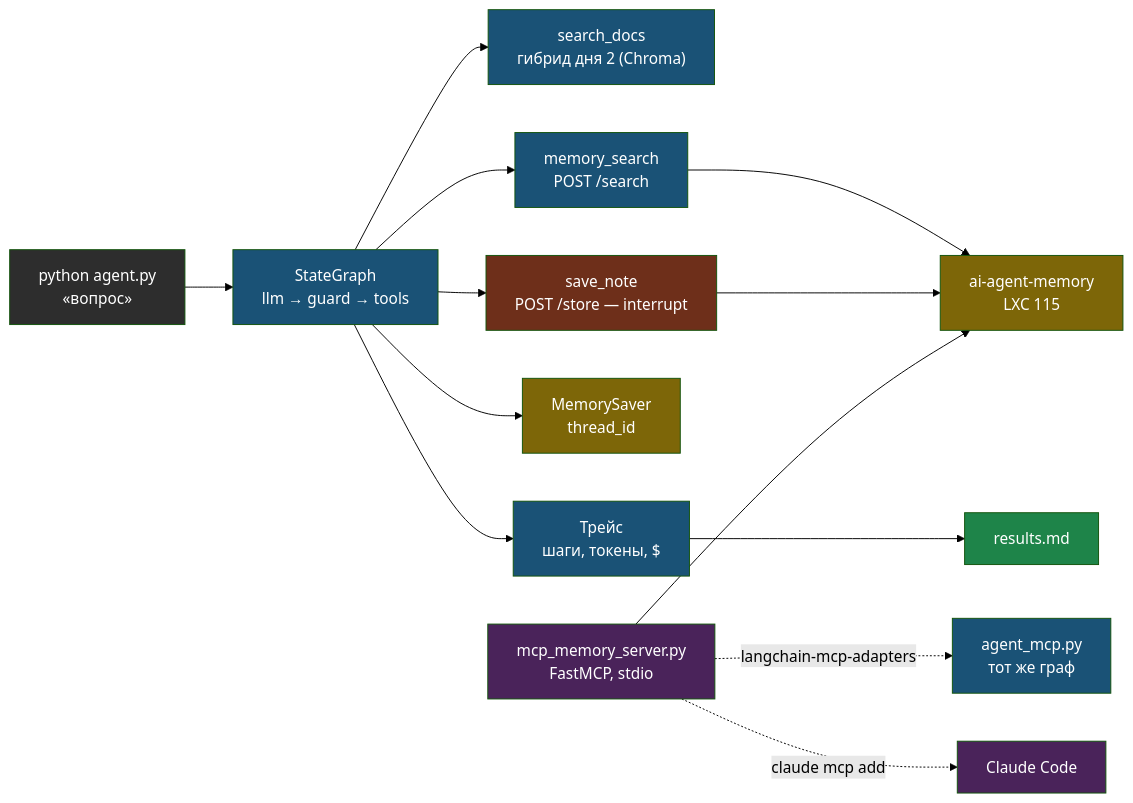
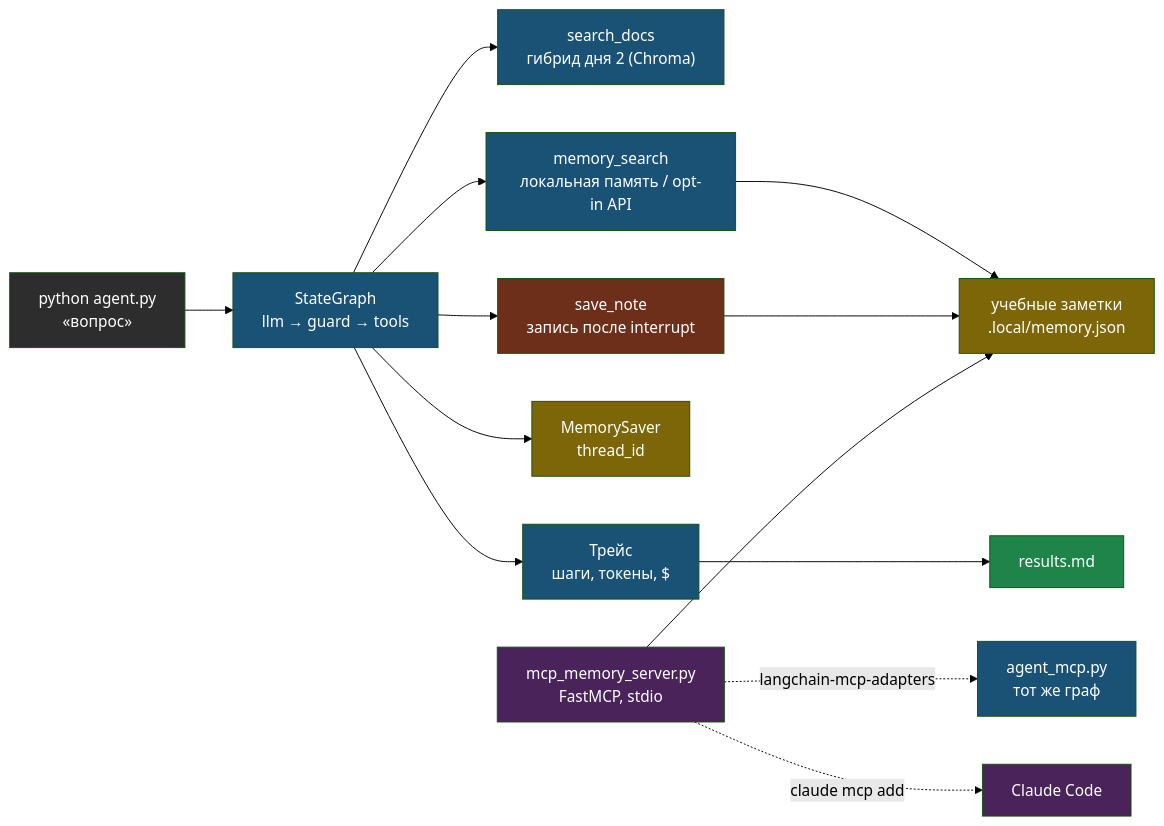
The diagram in docs/books/04-agents-langgraph-mcp/chapter-02.md (iRoboTron/ai-engineering), drawn with Mermaid (forest theme) before and after one commit. The commit also changed other lines of this file and 113 other files, not shown here.

````diff
--- a/docs/books/04-agents-langgraph-mcp/chapter-02.md
+++ b/docs/books/04-agents-langgraph-mcp/chapter-02.md
@@ -9,28 +9,28 @@
 ```mermaid
 flowchart LR
     Q["python agent.py\n«вопрос»"] --> GR["StateGraph\nllm → guard → tools"]
     GR --> T1["search_docs\nгибрид дня 2 (Chroma)"]
-    GR --> T2["memory_search\nPOST /search"]
-    GR --> T3["save_note\nPOST /store — interrupt"]
-    T2 --> MEM["ai-agent-memory\nLXC 115"]
+    GR --> T2["memory_search\nлокальная память / opt-in API"]
+    GR --> T3["save_note\nзапись после interrupt"]
+    T2 --> MEM["учебные заметки\n.local/memory.json"]
     T3 --> MEM
     GR --> CP["MemorySaver\nthread_id"]
     GR --> TR["Трейс\nшаги, токены, $"]
     TR --> RES["results.md"]
     MCP["mcp_memory_server.py\nFastMCP, stdio"] --> MEM
     MCP -. langchain-mcp-adapters .-> GR2["agent_mcp.py\nтот же граф"]
     MCP -. claude mcp add .-> CC["Claude Code"]
 
     style Q fill:#2d2d2d,color:#fff
     style GR fill:#1a5276,color:#fff
     style GR2 fill:#1a5276,color:#fff
     style T1 fill:#1a5276,color:#fff
     style T2 fill:#1a5276,color:#fff
     style T3 fill:#6e2f1a,color:#fff
     style MEM fill:#7d6608,color:#fff
     style CP fill:#7d6608,color:#fff
     style TR fill:#1a5276,color:#fff
     style RES fill:#1e8449,color:#fff
     style MCP fill:#4a235a,color:#fff
     style CC fill:#4a235a,color:#fff
 ```
````
